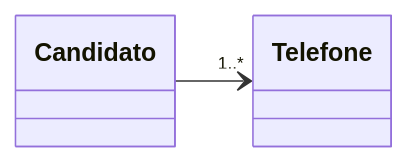
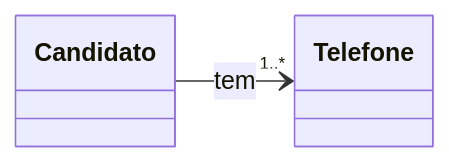
One commit to GracilianoOG/dio-iphone-uml changed the second of 4 diagrams in README.md. Above: the diagram before and after it, drawn with Mermaid. The commit also changed other lines of this file, not shown here.

````diff
--- a/README.md
+++ b/README.md
@@ -76,11 +76,11 @@
 ```mermaid
     classDiagram
         direction LR
         class Candidato {
         }
 
         class Telefone {
         }
 
-        Candidato --> "1..*" Telefone
+        Candidato --> "1..*" Telefone : tem
 ```
````
